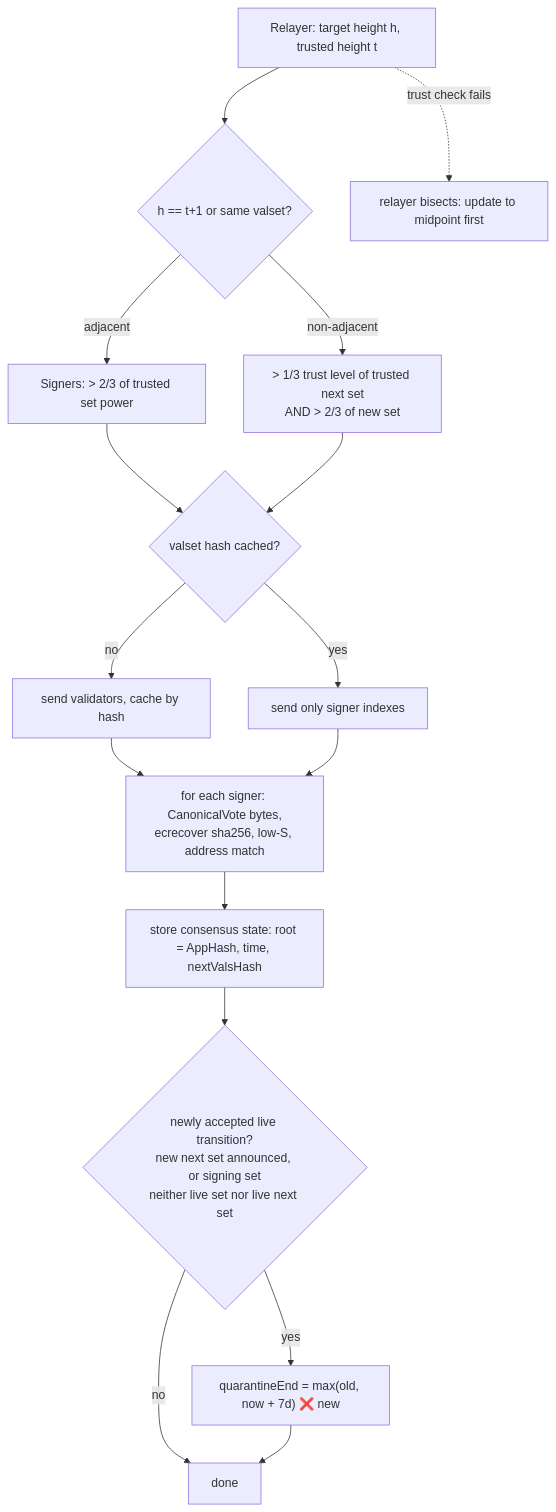
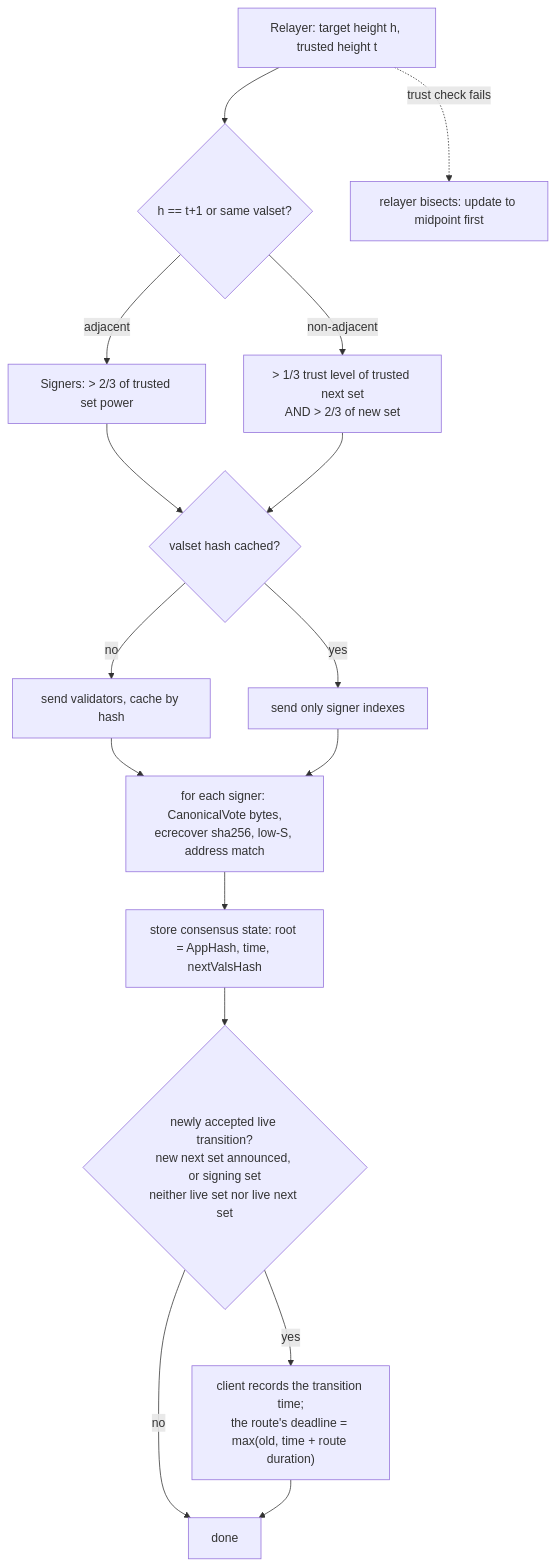
One commit to gnolang/gno changed the fifth of 13 diagrams in gno.land/adr/pr6375_ibc_ethereum.md. Above: the diagram before and after it, drawn with Mermaid. The commit also changed other lines of this file, not shown here.

````diff
--- a/gno.land/adr/pr6375_ibc_ethereum.md
+++ b/gno.land/adr/pr6375_ibc_ethereum.md
@@ -491,16 +577,16 @@
 ```mermaid
 flowchart TD
   H[Relayer: target height h, trusted height t] --> ADJ{h == t+1 or same valset?}
   ADJ -- adjacent --> V1[Signers: > 2/3 of trusted set power]
   ADJ -- non-adjacent --> V2[> 1/3 trust level of trusted next set<br/>AND > 2/3 of new set]
   V1 & V2 --> CACHE{valset hash cached?}
   CACHE -- no --> KEYS[send validators, cache by hash]
   CACHE -- yes --> NOKEYS[send only signer indexes]
   KEYS & NOKEYS --> SIG[for each signer: CanonicalVote bytes,<br/>ecrecover sha256, low-S, address match]
   SIG --> STORE[store consensus state: root = AppHash, time, nextValsHash]
   STORE --> VCH{newly accepted live transition?<br/>new next set announced, or signing set<br/>neither live set nor live next set}
-  VCH -- yes --> QUAR["quarantineEnd = max(old, now + 7d) ❌ new"]
+  VCH -- yes --> QUAR["client records the transition time;<br/>the route's deadline = max(old, time + route duration)"]
   VCH -- no --> DONE[done]
   QUAR --> DONE
   H -. trust check fails .-> BIS[relayer bisects: update to midpoint first]
 ```
````
